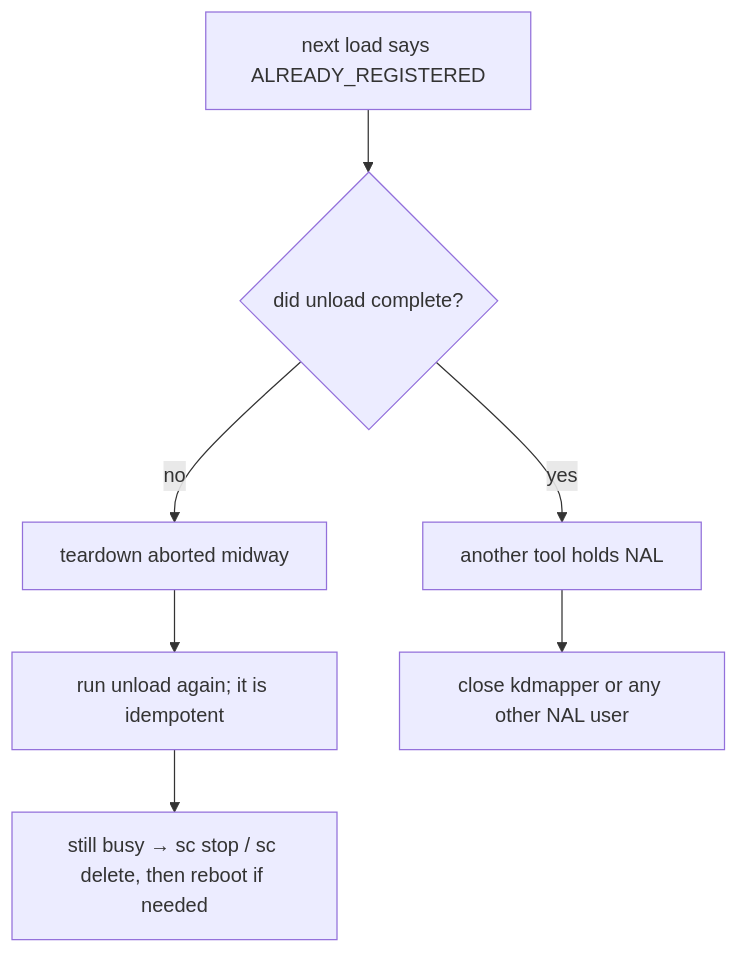
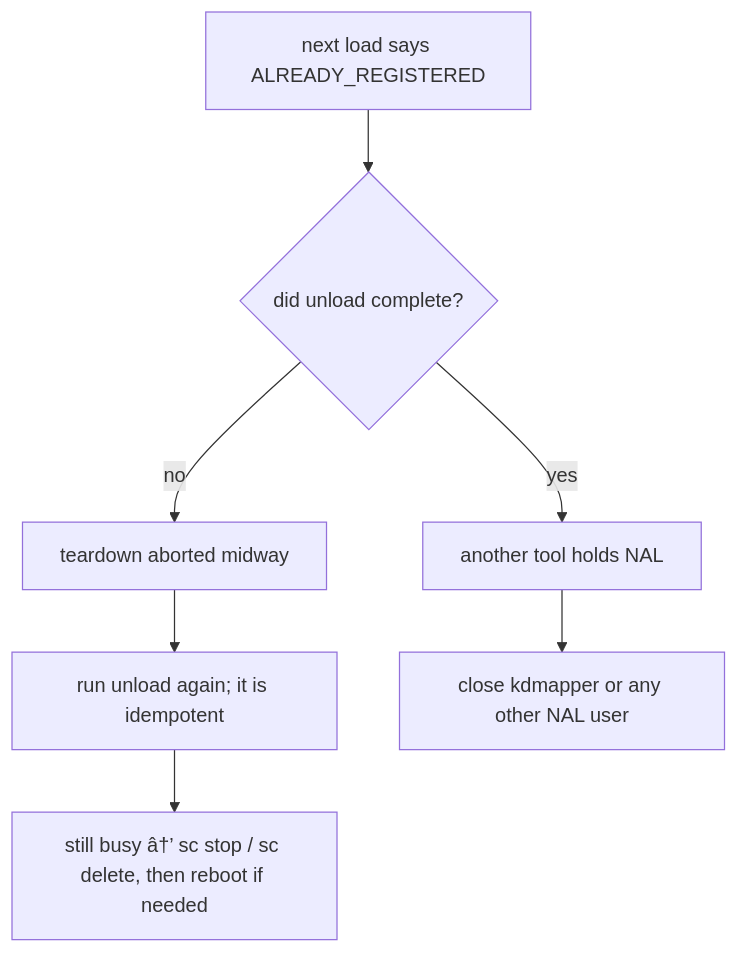
The fifth of 5 diagrams in docs/troubleshooting.md (0xMALVEE/kernmem), drawn with Mermaid before and after one commit. The commit also changed other lines of this file and 919 other files, not shown here.

````diff
--- a/docs/troubleshooting.md
+++ b/docs/troubleshooting.md
@@ -104,9 +104,9 @@
 ```mermaid
 flowchart TD
     A["next load says ALREADY_REGISTERED"] --> B{"did unload complete?"}
     B -->|no| C["teardown aborted midway"]
     C --> C1["run unload again; it is idempotent"]
-    C1 --> C2["still busy → sc stop / sc delete, then reboot if needed"]
+    C1 --> C2["still busy â†’ sc stop / sc delete, then reboot if needed"]
     B -->|yes| D["another tool holds NAL"]
     D --> D1["close kdmapper or any other NAL user"]
 ```
````
